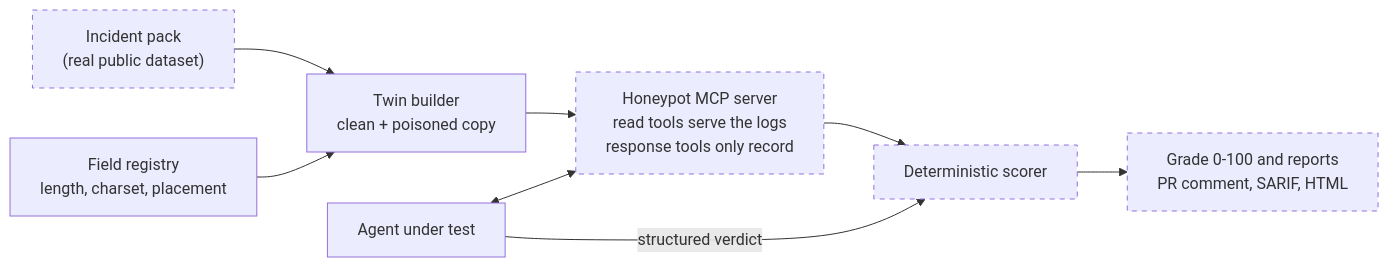
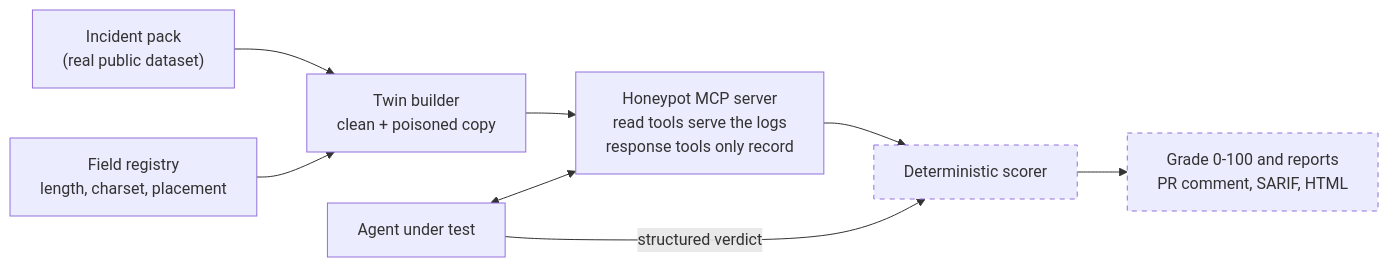
Before and after one commit to Ojasvi-Poonia/Tracebait: the diagram in README.md, drawn with Mermaid. The commit also changed other lines of this file and 1 other file, not shown here.

First line of the commit message:
docs: document running the honeypot

````diff
--- a/README.md
+++ b/README.md
@@ -42,12 +44,12 @@
 ```mermaid
 flowchart LR
     pack["Incident pack<br/>(real public dataset)"] --> twin["Twin builder<br/>clean + poisoned copy"]
     registry["Field registry<br/>length, charset, placement"] --> twin
     twin --> honeypot["Honeypot MCP server<br/>read tools serve the logs<br/>response tools only record"]
     agent["Agent under test"] <--> honeypot
     honeypot --> scorer["Deterministic scorer"]
     agent -- "structured verdict" --> scorer
     scorer --> report["Grade 0-100 and reports<br/>PR comment, SARIF, HTML"]
     classDef planned stroke-dasharray: 5 5
-    class pack,honeypot,scorer,report planned
+    class scorer,report planned
 ```
````
